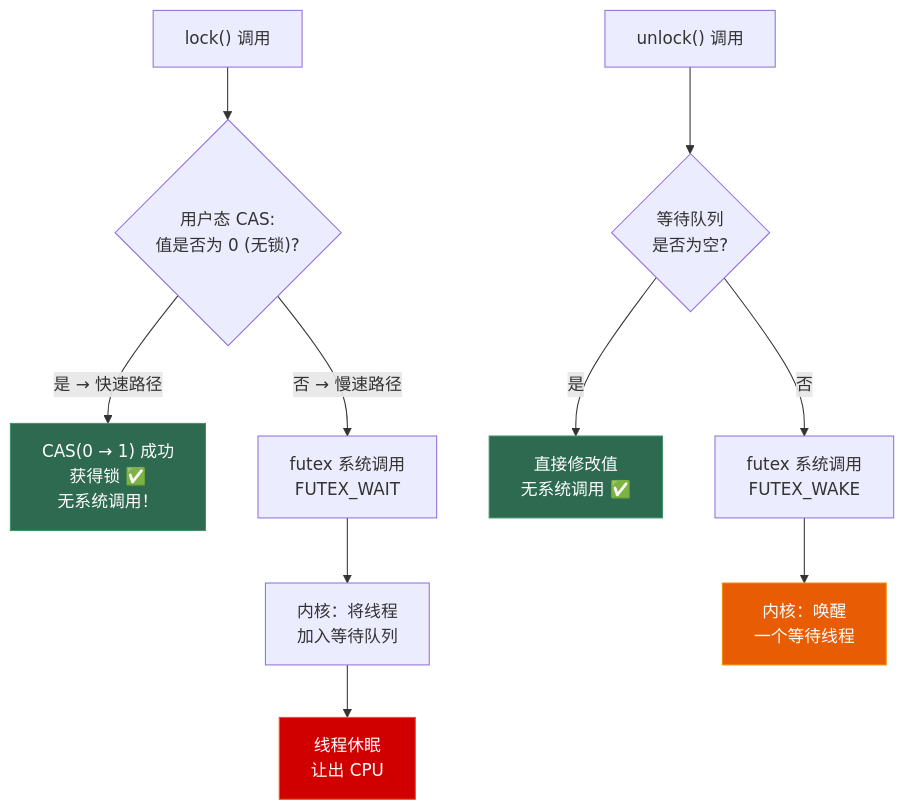
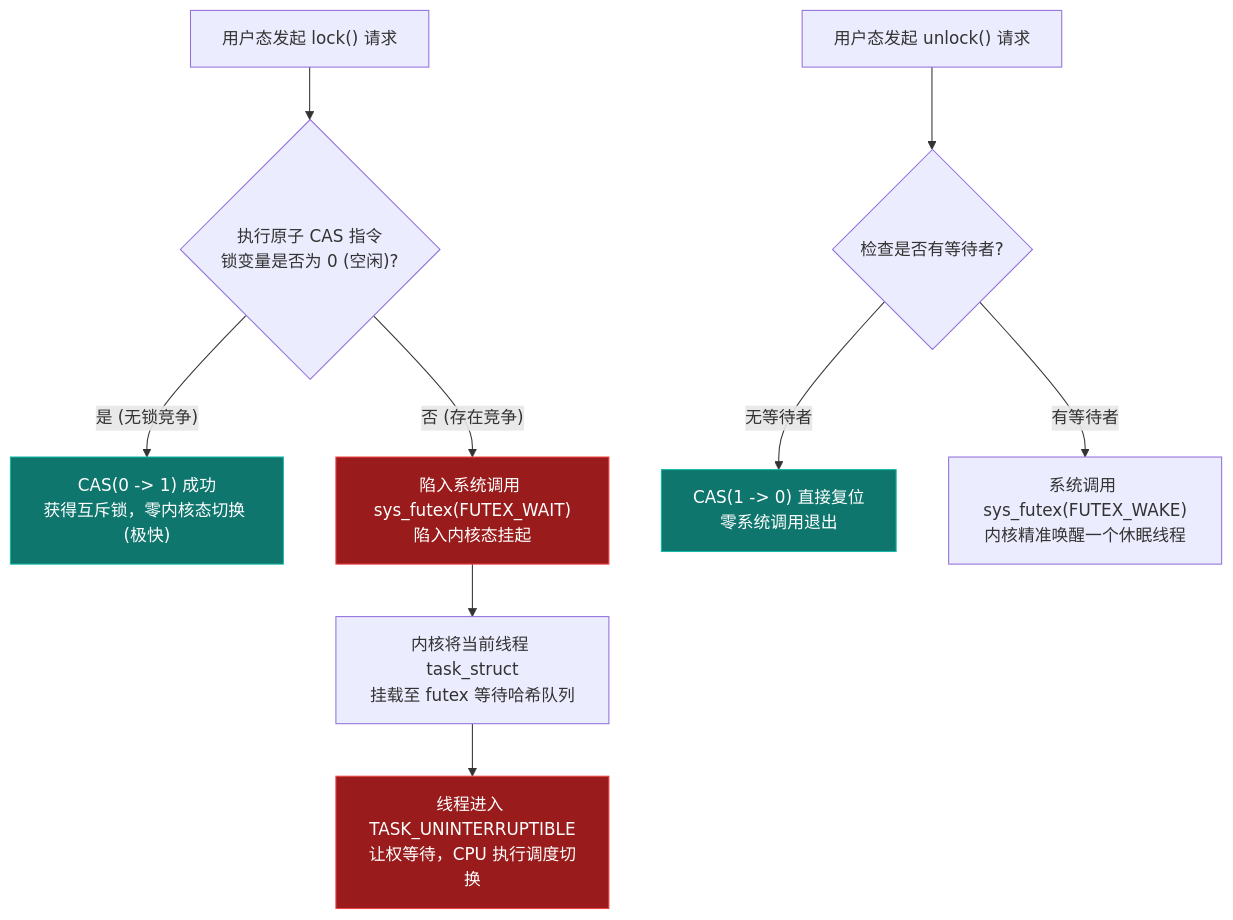
The first of 2 diagrams in src/content/posts/os/02_synchronization.md (Lumivers/firefly), drawn with Mermaid before and after one commit. The commit also changed other lines of this file and 39 other files, not shown here.

````diff
--- a/src/content/posts/os/02_synchronization.md
+++ b/src/content/posts/os/02_synchronization.md
@@ -292,18 +154,17 @@
 ```mermaid
 graph TD
-    A["lock() 调用"] --> B{"用户态 CAS: \n值是否为 0 (无锁)?"}
-    B -->|"是 → 快速路径"| C["CAS(0 → 1) 成功\n获得锁 ✅\n无系统调用！"]
-    B -->|"否 → 慢速路径"| D["futex 系统调用\nFUTEX_WAIT"]
-    D --> E["内核：将线程\n加入等待队列"]
-    E --> F["线程休眠\n让出 CPU"]
+    A["用户态发起 lock() 请求"] --> B{"执行原子 CAS 指令<br/>锁变量是否为 0 (空闲)?"}
+    B -->|"是 (无锁竞争)"| C["CAS(0 -> 1) 成功<br/>获得互斥锁，零内核态切换 (极快)"]
+    B -->|"否 (存在竞争)"| D["陷入系统调用 sys_futex(FUTEX_WAIT)<br/>陷入内核态挂起"]
+    D --> E["内核将当前线程 task_struct<br/>挂载至 futex 等待哈希队列"]
+    E --> F["线程进入 TASK_UNINTERRUPTIBLE<br/>让权等待，CPU 执行调度切换"]
 
-    G["unlock() 调用"] --> H{"等待队列\n是否为空?"}
-    H -->|"是"| I["直接修改值\n无系统调用 ✅"]
-    H -->|"否"| J["futex 系统调用\nFUTEX_WAKE"]
-    J --> K["内核：唤醒\n一个等待线程"]
+    G["用户态发起 unlock() 请求"] --> H{"检查是否有等待者?"}
+    H -->|"无等待者"| I["CAS(1 -> 0) 直接复位<br/>零系统调用退出"]
+    H -->|"有等待者"| J["系统调用 sys_futex(FUTEX_WAKE)<br/>内核精准唤醒一个休眠线程"]
 
-    style C fill:#2d6a4f,stroke:#40916c,color:white
-    style I fill:#2d6a4f,stroke:#40916c,color:white
-    style F fill:#d00000,stroke:#e85d04,color:white
-    style K fill:#e85d04,stroke:#f48c06,color:white
+    style C fill:#0f766e,stroke:#14b8a6,color:white
+    style I fill:#0f766e,stroke:#14b8a6,color:white
+    style D fill:#991b1b,stroke:#ef4444,color:white
+    style F fill:#991b1b,stroke:#ef4444,color:white
 ```
````
